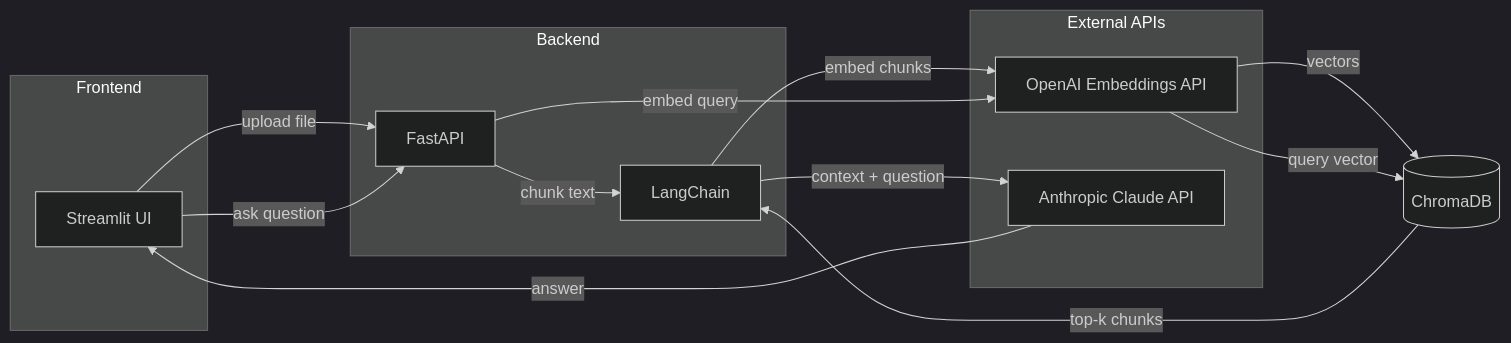
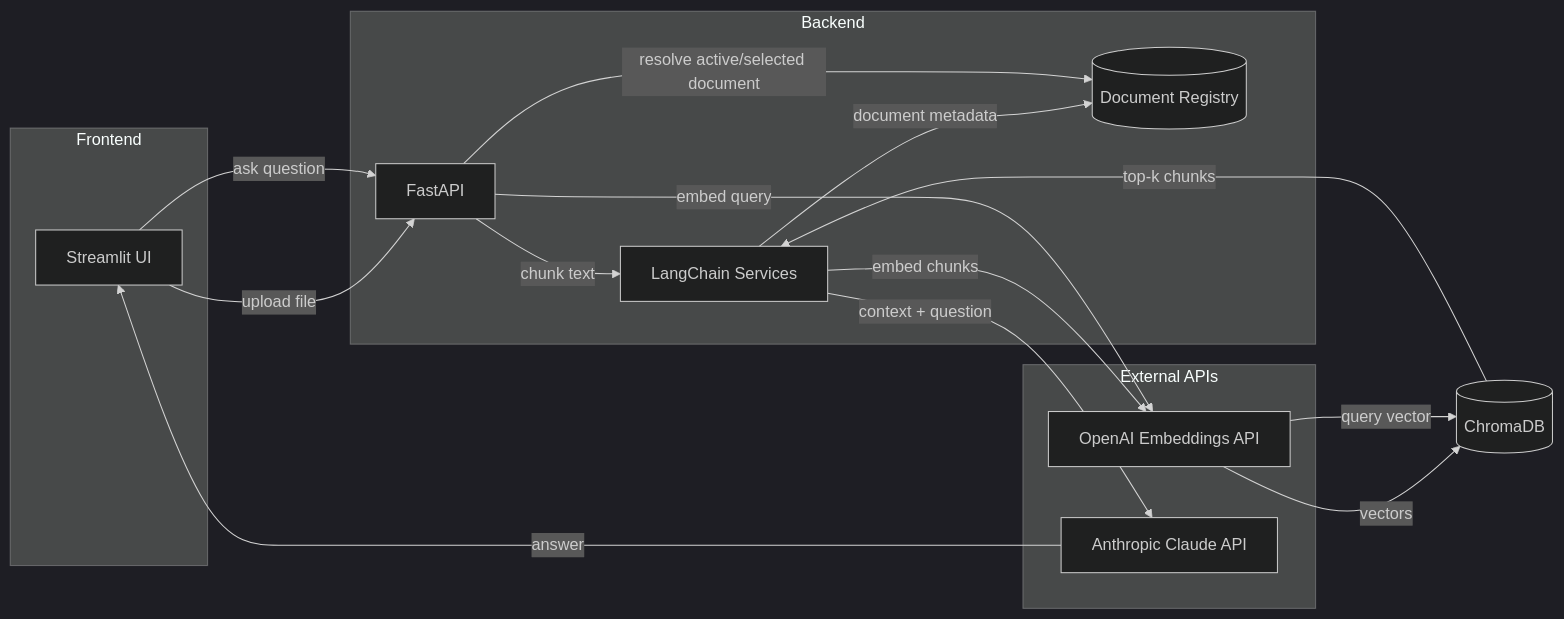
The diagram in README.md (rohanpandavv/docu-talk), drawn with Mermaid (dark theme) before and after one commit. The commit also changed other lines of this file and 14 other files, not shown here.

Commit message:
Add document-scoped RAG flow and timeouts

````diff
--- a/README.md
+++ b/README.md
@@ -9,30 +9,33 @@
 ```mermaid
 flowchart LR
     subgraph Frontend
         A[Streamlit UI]
     end
 
     subgraph Backend
         B[FastAPI]
-        C[LangChain]
+        C[LangChain Services]
+        G[(Document Registry)]
     end
 
     subgraph External APIs
         D[OpenAI Embeddings API]
         E[Anthropic Claude API]
     end
 
     F[(ChromaDB)]
 
     A -- "upload file" --> B
     B -- "chunk text" --> C
     C -- "embed chunks" --> D
     D -- "vectors" --> F
+    C -- "document metadata" --> G
 
     A -- "ask question" --> B
+    B -- "resolve active/selected document" --> G
     B -- "embed query" --> D
     D -- "query vector" --> F
     F -- "top-k chunks" --> C
     C -- "context + question" --> E
     E -- "answer" --> A
 ```
````
